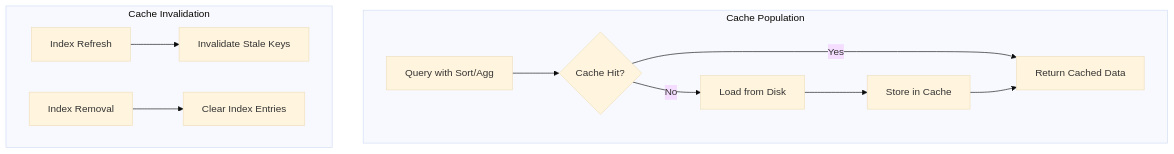
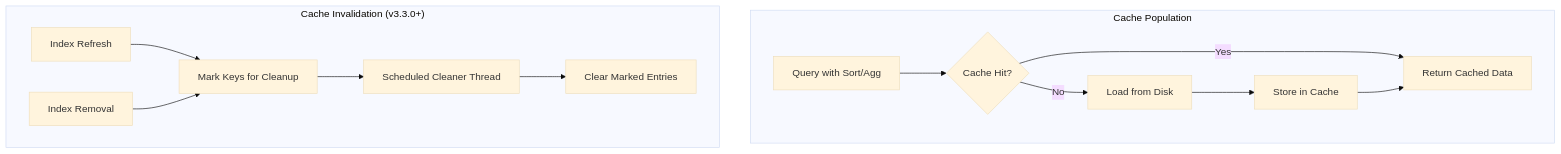
The second of 2 diagrams in docs/features/opensearch/field-data-cache.md (tkykenmt/opensearch-feature-explorer), drawn with Mermaid (base theme) before and after one commit. The commit also changed other lines of this file and 2 other files, not shown here.

Commit message:
docs: add field-data-cache report for v3.3.0 (#1496)

````diff
--- a/docs/features/opensearch/field-data-cache.md
+++ b/docs/features/opensearch/field-data-cache.md
@@ -45,15 +55,17 @@
 ```mermaid
 flowchart TB
     subgraph "Cache Population"
         Q[Query with Sort/Agg] --> Check{Cache Hit?}
         Check -->|Yes| Return[Return Cached Data]
         Check -->|No| Load[Load from Disk]
         Load --> Store[Store in Cache]
         Store --> Return
     end
     
-    subgraph "Cache Invalidation"
-        Refresh[Index Refresh] --> Inv[Invalidate Stale Keys]
-        Remove[Index Removal] --> Clear[Clear Index Entries]
+    subgraph "Cache Invalidation (v3.3.0+)"
+        Refresh[Index Refresh] --> Mark[Mark Keys for Cleanup]
+        Remove[Index Removal] --> Mark
+        Mark --> Cleaner[Scheduled Cleaner Thread]
+        Cleaner --> Clear[Clear Marked Entries]
     end
 ```
````
